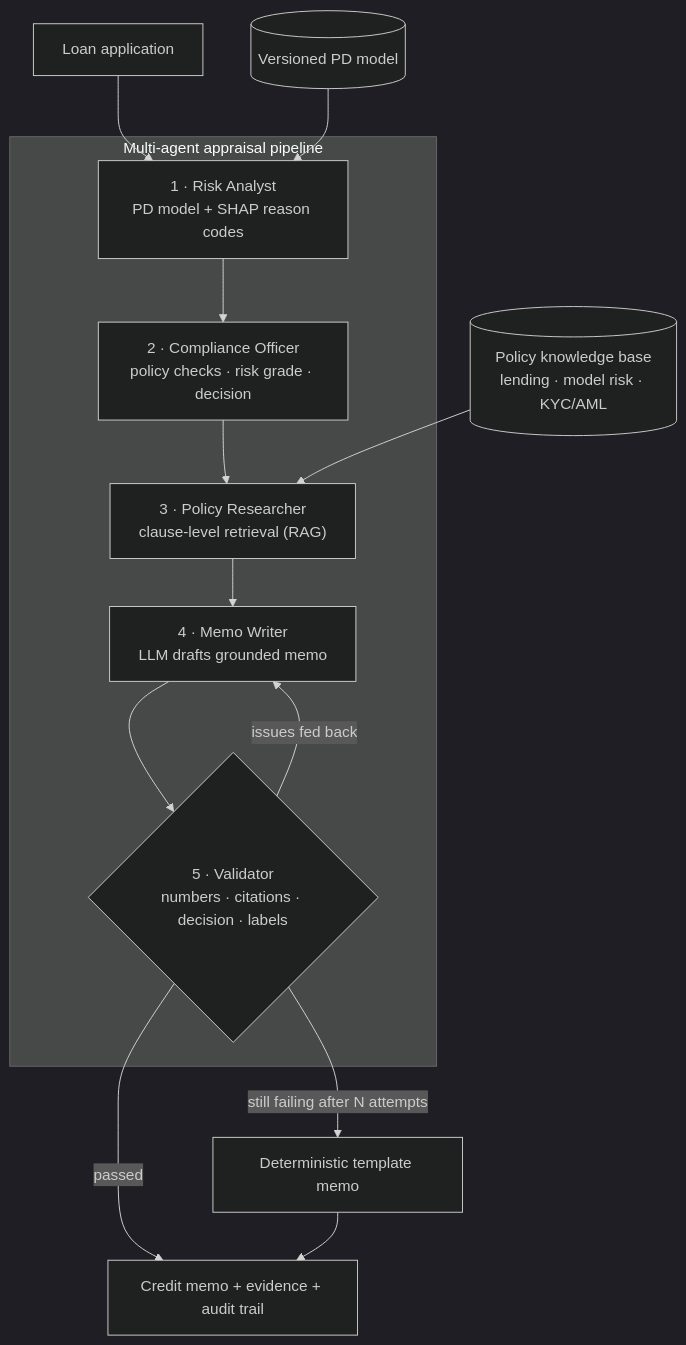
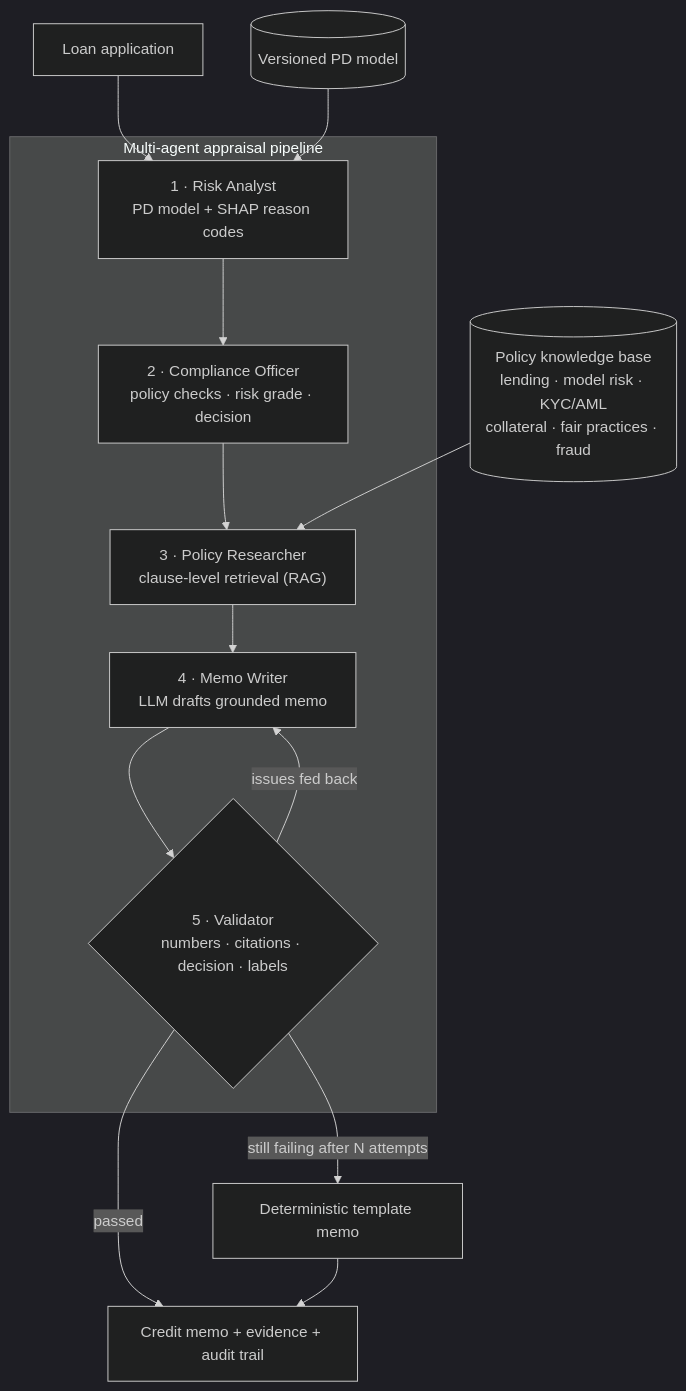
The diagram in README.md (krupa22joshi/creditlens-ai), drawn with Mermaid (dark theme) before and after one commit. The commit also changed other lines of this file and 21 other files, not shown here.

````diff
--- a/README.md
+++ b/README.md
@@ -28,16 +28,16 @@
 ```mermaid
 flowchart TD
     A[Loan application] --> R1
     subgraph Pipeline [Multi-agent appraisal pipeline]
         R1["1 · Risk Analyst<br/>PD model + SHAP reason codes"] --> R2
         R2["2 · Compliance Officer<br/>policy checks · risk grade · decision"] --> R3
         R3["3 · Policy Researcher<br/>clause-level retrieval (RAG)"] --> R4
         R4["4 · Memo Writer<br/>LLM drafts grounded memo"] --> R5
         R5{"5 · Validator<br/>numbers · citations · decision · labels"}
         R5 -- issues fed back --> R4
     end
     R5 -- passed --> OUT[Credit memo + evidence + audit trail]
     R5 -- still failing after N attempts --> FB[Deterministic template memo] --> OUT
-    KB[(Policy knowledge base<br/>lending · model risk · KYC/AML)] --> R3
+    KB[(Policy knowledge base<br/>lending · model risk · KYC/AML<br/>collateral · fair practices · fraud)] --> R3
     M[(Versioned PD model)] --> R1
 ```
````
